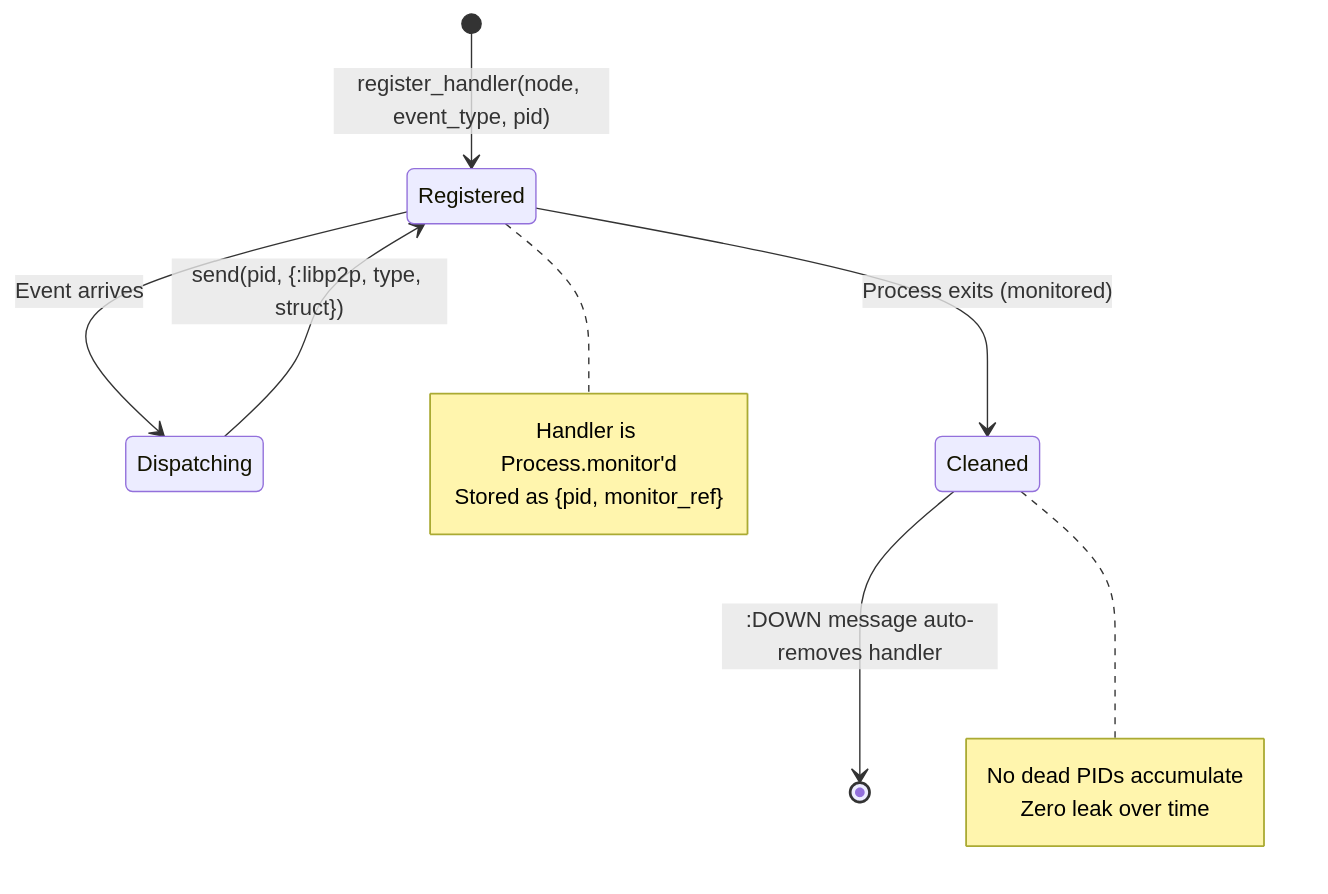
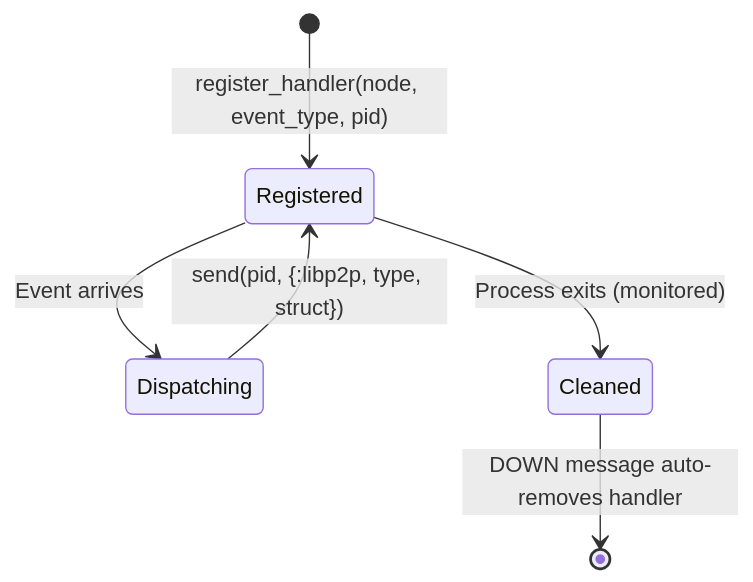
Before and after one commit to BadBeta/experimental_ex_libp2p: the ninth of 13 diagrams in ARCHITECTURE.md, drawn with Mermaid. The commit also changed other lines of this file, not shown here.

First line of the commit message:
Fix GitHub Mermaid rendering — remove special chars from sequence diagrams

````diff
--- a/ARCHITECTURE.md
+++ b/ARCHITECTURE.md
@@ -327,18 +323,8 @@
 ```mermaid
 stateDiagram-v2
     [*] --> Registered: register_handler(node, event_type, pid)
     Registered --> Dispatching: Event arrives
     Dispatching --> Registered: send(pid, {:libp2p, type, struct})
     Registered --> Cleaned: Process exits (monitored)
-    Cleaned --> [*]: :DOWN message auto-removes handler
-
-    note right of Registered
-        Handler is Process.monitor'd
-        Stored as {pid, monitor_ref}
-    end note
-
-    note right of Cleaned
-        No dead PIDs accumulate
-        Zero leak over time
-    end note
+    Cleaned --> [*]: DOWN message auto-removes handler
 ```
````
